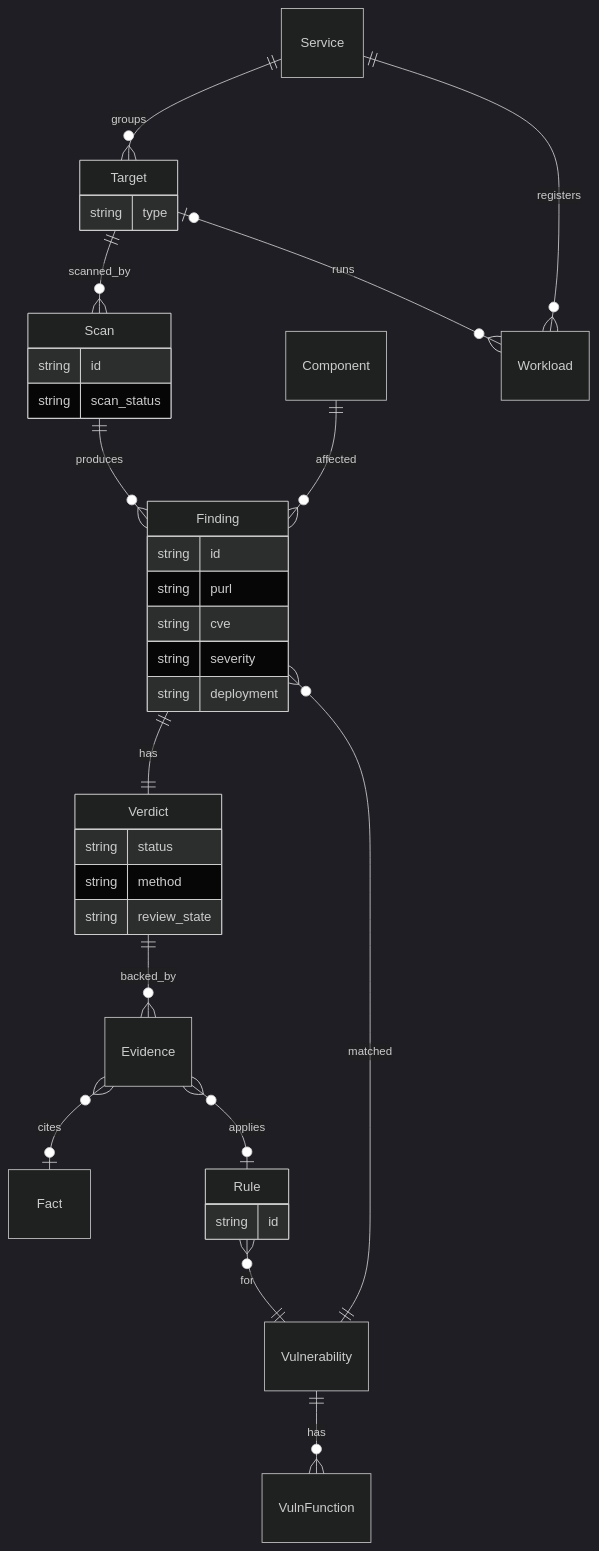
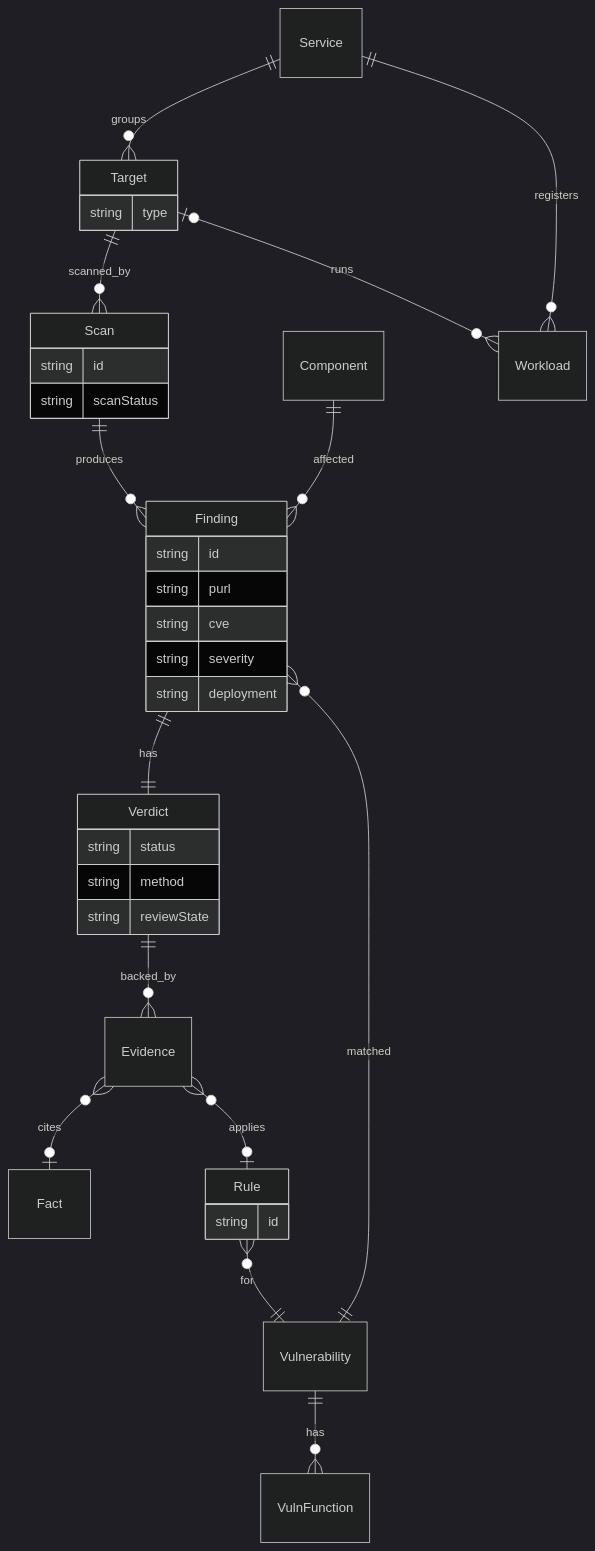
The fourth of 6 diagrams in reachability-analysis/03-architecture/ARD.md (Logssey/security-solution-docs), drawn with Mermaid (dark theme) before and after one commit. The commit also changed other lines of this file and 3 other files, not shown here.

````diff
--- a/reachability-analysis/03-architecture/ARD.md
+++ b/reachability-analysis/03-architecture/ARD.md
@@ -503,38 +506,38 @@
 ```mermaid
 erDiagram
   Target ||--o{ Scan : "scanned_by"
   Scan ||--o{ Finding : "produces"
   Component ||--o{ Finding : "affected"
   Vulnerability ||--o{ Finding : "matched"
   Finding ||--|| Verdict : "has"
   Verdict ||--o{ Evidence : "backed_by"
   Evidence }o--o| Fact : "cites"
   Evidence }o--o| Rule : "applies"
   Rule }o--|| Vulnerability : "for"
   Vulnerability ||--o{ VulnFunction : "has"
   Target |o--o{ Workload : "runs"
   Service ||--o{ Target : "groups"
   Service ||--o{ Workload : "registers"
   Target {
     string type
   }
   Scan {
     string id
-    string scan_status
+    string scanStatus
   }
   Finding {
     string id
     string purl
     string cve
     string severity
     string deployment
   }
   Verdict {
     string status
     string method
-    string review_state
+    string reviewState
   }
   Rule {
     string id
   }
 ```
````
